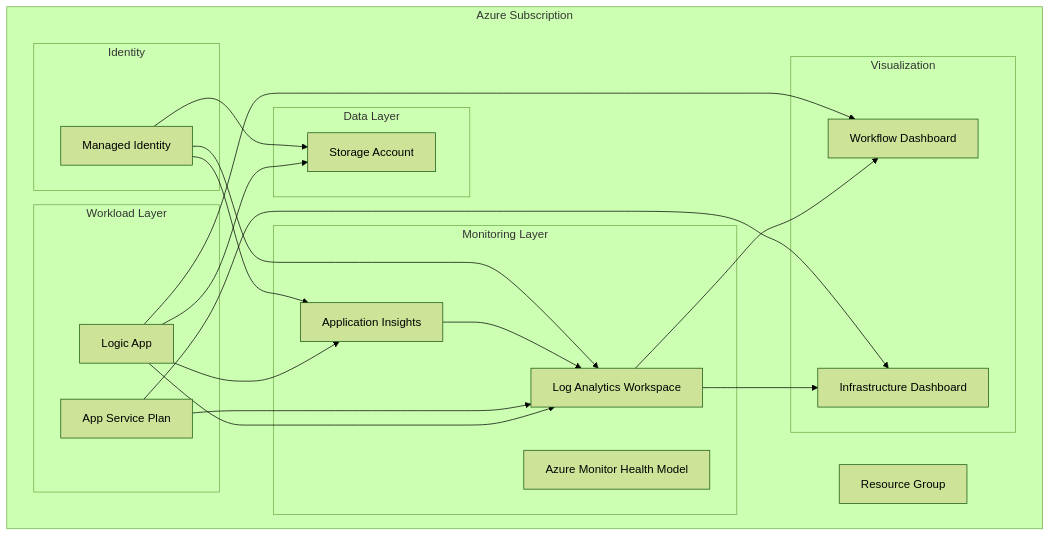
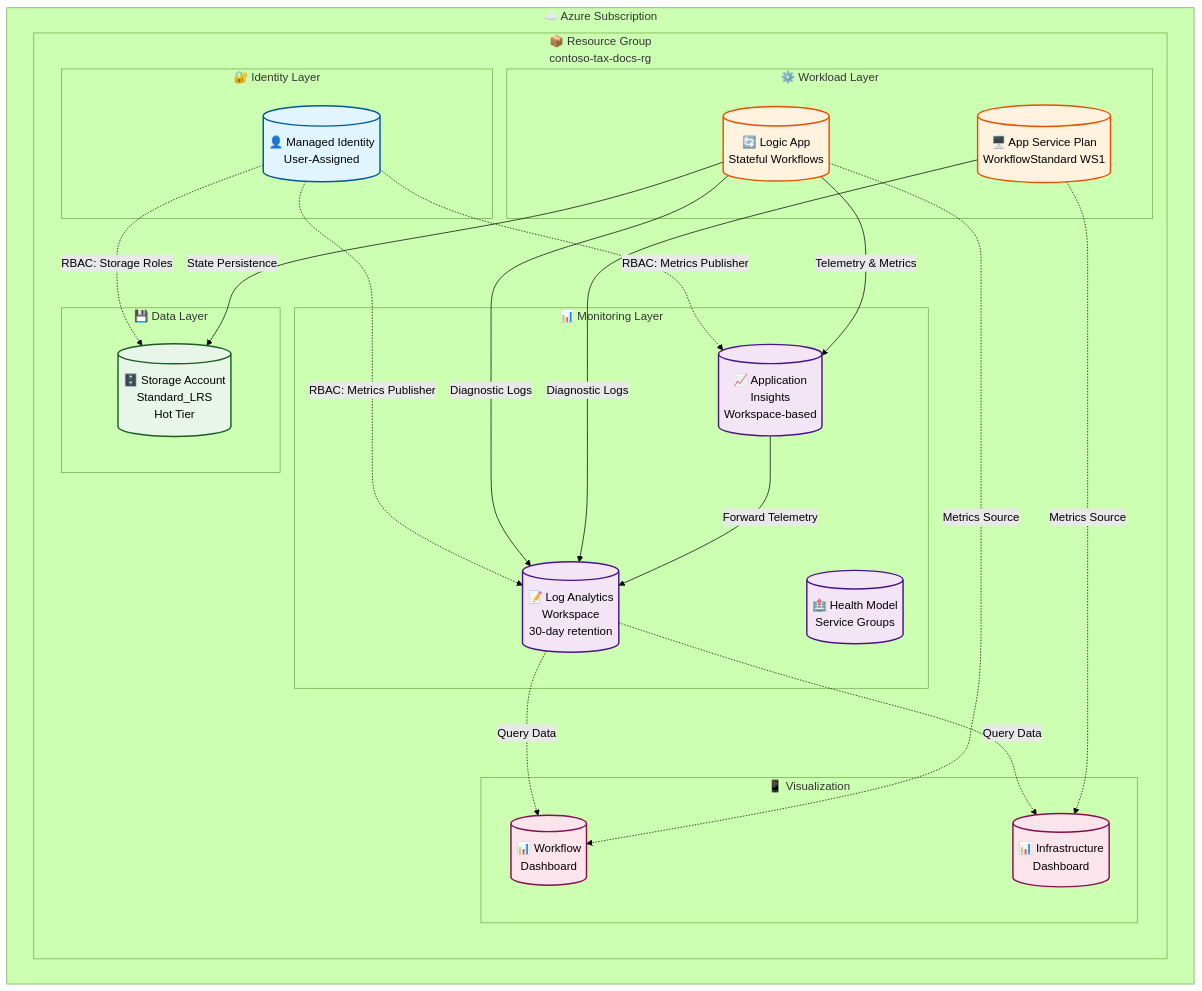
One commit to Evilazaro/Azure-LogicApps-Monitoring changed the first of 2 diagrams in README.md. Above: the diagram before and after it, drawn with Mermaid (forest theme). The commit also changed other lines of this file, not shown here.

````diff
--- a/README.md
+++ b/README.md
@@ -63,43 +83,65 @@
 ```mermaid
 graph TB
-    subgraph "Azure Subscription"
-        RG[Resource Group]
-        
-        subgraph "Monitoring Layer"
-            LAW[Log Analytics Workspace]
-            AI[Application Insights]
-            HM[Azure Monitor Health Model]
-        end
-        
-        subgraph "Data Layer"
-            SA[Storage Account]
-        end
-        
-        subgraph "Workload Layer"
-            ASP[App Service Plan]
-            LA[Logic App]
-        end
-        
-        subgraph "Identity"
-            MI[Managed Identity]
-        end
-        
-        subgraph "Visualization"
-            D1[Workflow Dashboard]
-            D2[Infrastructure Dashboard]
+    subgraph Azure["☁️ Azure Subscription"]
+        subgraph RG["📦 Resource Group<br/>contoso-tax-docs-rg"]
+            
+            subgraph Identity["🔐 Identity Layer"]
+                MI[("👤 Managed Identity<br/>User-Assigned")]
+            end
+            
+            subgraph Monitor["📊 Monitoring Layer"]
+                LAW[("📝 Log Analytics<br/>Workspace<br/>30-day retention")]
+                AI[("📈 Application<br/>Insights<br/>Workspace-based")]
+                HM[("🏥 Health Model<br/>Service Groups")]
+            end
+            
+            subgraph Data["💾 Data Layer"]
+                SA[("🗄️ Storage Account<br/>Standard_LRS<br/>Hot Tier")]
+            end
+            
+            subgraph Workload["⚙️ Workload Layer"]
+                ASP[("🖥️ App Service Plan<br/>WorkflowStandard WS1")]
+                LA[("🔄 Logic App<br/>Stateful Workflows")]
+            end
+            
+            subgraph Visual["📱 Visualization"]
+                D1[("📊 Workflow<br/>Dashboard")]
+                D2[("📊 Infrastructure<br/>Dashboard")]
+            end
+            
         end
     end
     
-    LA --> AI
-    LA --> LAW
-    LA --> SA
-    ASP --> LAW
-    AI --> LAW
-    MI --> SA
-    MI --> AI
-    MI --> LAW
-    LAW --> D1
-    LAW --> D2
-    ASP --> D2
-    LA --> D1
+    %% Identity Connections
+    MI -.->|RBAC: Storage Roles| SA
+    MI -.->|RBAC: Metrics Publisher| AI
+    MI -.->|RBAC: Metrics Publisher| LAW
+    
+    %% Workload to Monitoring
+    LA -->|Telemetry & Metrics| AI
+    LA -->|Diagnostic Logs| LAW
+    LA -->|State Persistence| SA
+    ASP -->|Diagnostic Logs| LAW
+    
+    %% Monitoring Integration
+    AI -->|Forward Telemetry| LAW
+    
+    %% Visualization
+    LAW -.->|Query Data| D1
+    LAW -.->|Query Data| D2
+    LA -.->|Metrics Source| D1
+    ASP -.->|Metrics Source| D2
+    
+    %% Styling
+    classDef identityStyle fill:#e1f5fe,stroke:#01579b,stroke-width:2px,color:#000
+    classDef monitorStyle fill:#f3e5f5,stroke:#4a148c,stroke-width:2px,color:#000
+    classDef dataStyle fill:#e8f5e9,stroke:#1b5e20,stroke-width:2px,color:#000
+    classDef workloadStyle fill:#fff3e0,stroke:#e65100,stroke-width:2px,color:#000
+    classDef visualStyle fill:#fce4ec,stroke:#880e4f,stroke-width:2px,color:#000
+    
+    class MI identityStyle
+    class LAW,AI,HM monitorStyle
+    class SA dataStyle
+    class ASP,LA workloadStyle
+    class D1,D2 visualStyle
 ```
````
